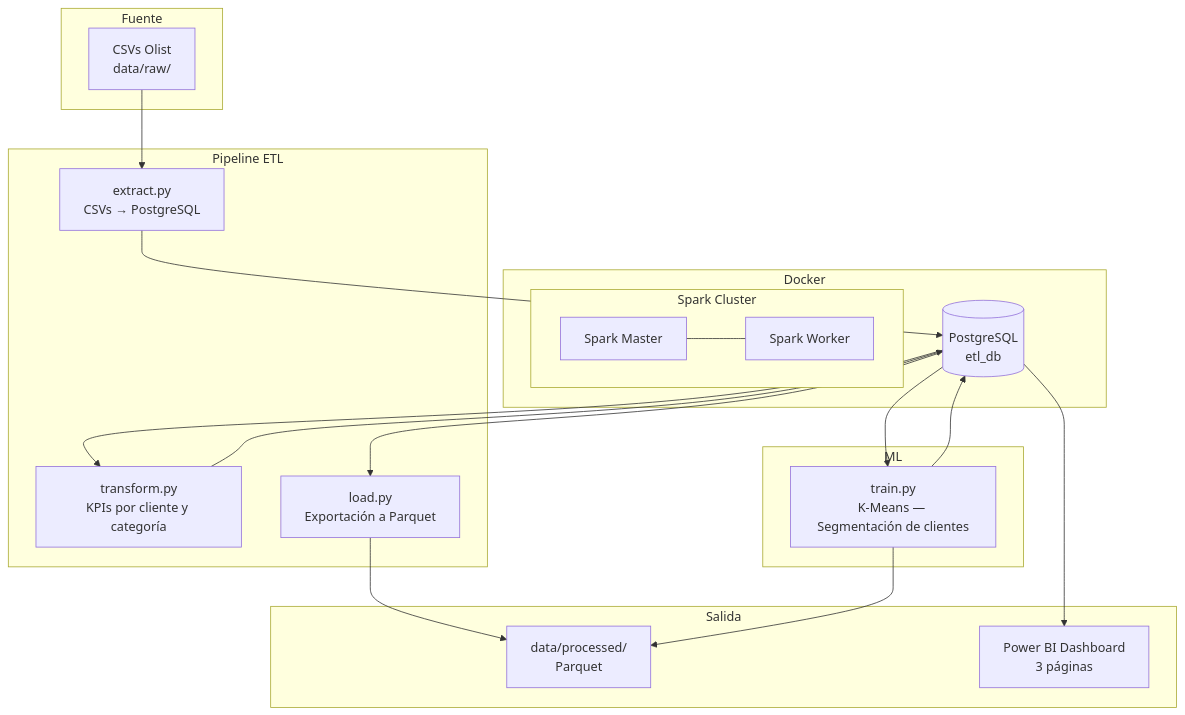
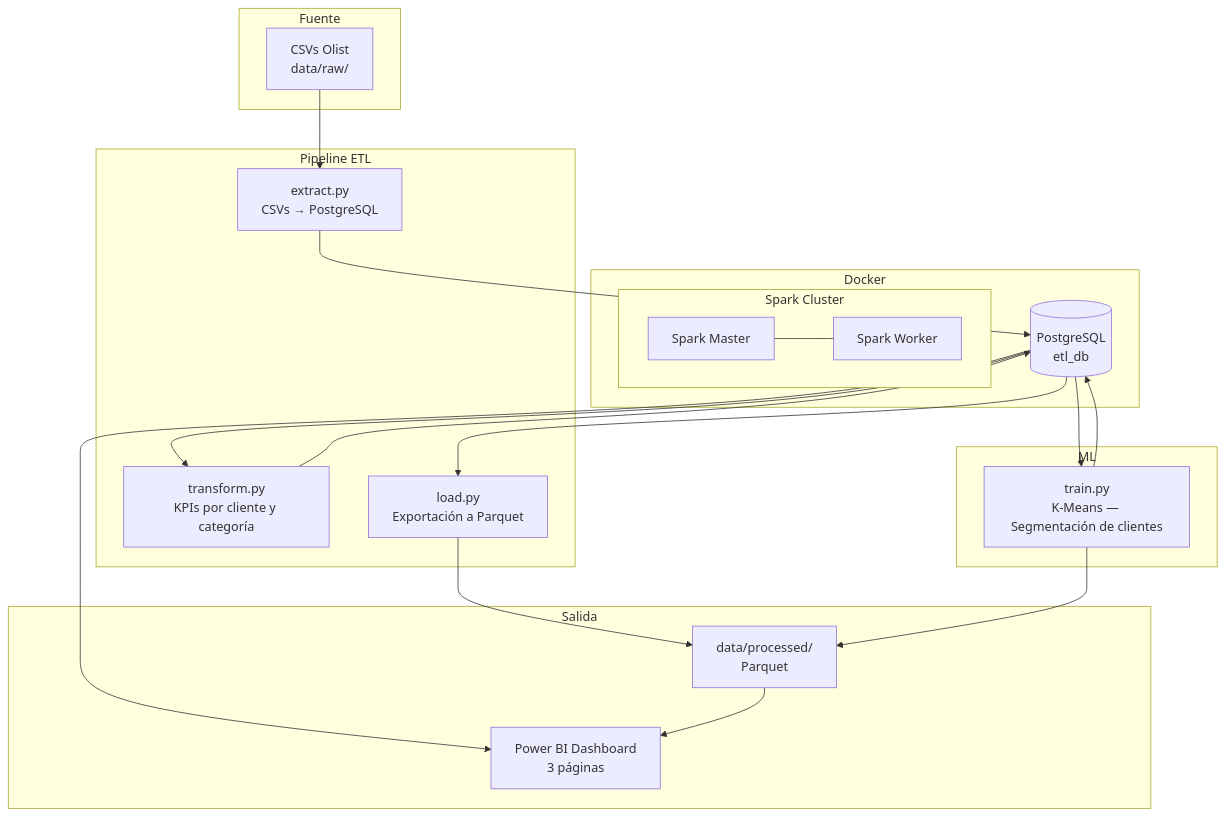
Before and after one commit to marianoCMC/project-etl-spark: the diagram in README.md, drawn with Mermaid.

Commit message:
docs: fix architecture diagram — connect ML output to Power BI

````diff
--- a/README.md
+++ b/README.md
@@ -9,41 +9,42 @@
 ```mermaid
 flowchart TD
     subgraph Fuente
         A[CSVs Olist\ndata/raw/]
     end
 
     subgraph Docker
         subgraph Spark Cluster
             B[Spark Master]
             C[Spark Worker]
             B --- C
         end
         D[(PostgreSQL\netl_db)]
     end
 
     subgraph Pipeline ETL
         E[extract.py\nCSVs → PostgreSQL]
         F[transform.py\nKPIs por cliente y categoría]
         G[load.py\nExportación a Parquet]
     end
 
     subgraph ML
         H[train.py\nK-Means — Segmentación de clientes]
     end
 
     subgraph Salida
         I[data/processed/\nParquet]
         J[Power BI Dashboard\n3 páginas]
     end
 
     A --> E
     E --> D
     D --> F
     F --> D
     D --> G
     G --> I
     D --> H
     H --> D
     H --> I
     D --> J
+    I --> J
 ```
````
